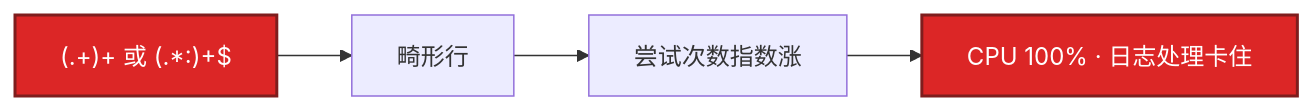
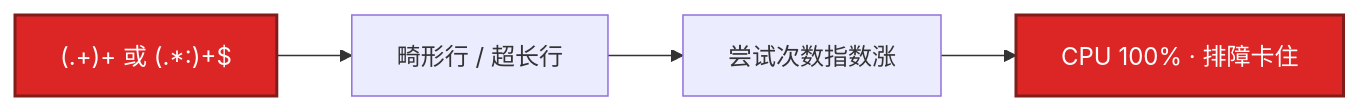
The first of 2 diagrams in 06-开发能力/05-正则与文本处理/知识点.md (ml-cuizijun/LearnToLilith), drawn with Mermaid before and after one commit. The commit also changed other lines of this file and 213 other files, not shown here.

````diff
--- a/06-开发能力/05-正则与文本处理/知识点.md
+++ b/06-开发能力/05-正则与文本处理/知识点.md
@@ -143,9 +239,9 @@
 ```mermaid
 flowchart LR
-    A["(.+)+ 或 (.*:)+$"] --> B[畸形行]
+    A["(.+)+ 或 (.*:)+$"] --> B[畸形行 / 超长行]
     B --> C[尝试次数指数涨]
-    C --> D[CPU 100% · 日志处理卡住]
+    C --> D[CPU 100% · 排障卡住]
 
     classDef bad fill:#DC2626,stroke:#7F1D1D,stroke-width:2px,color:#fff
     class A,D bad
 ```
````
